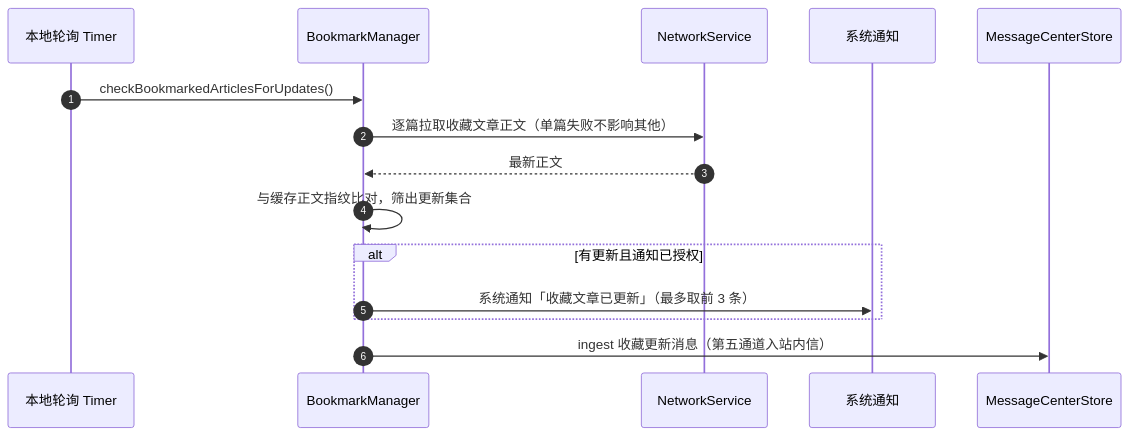
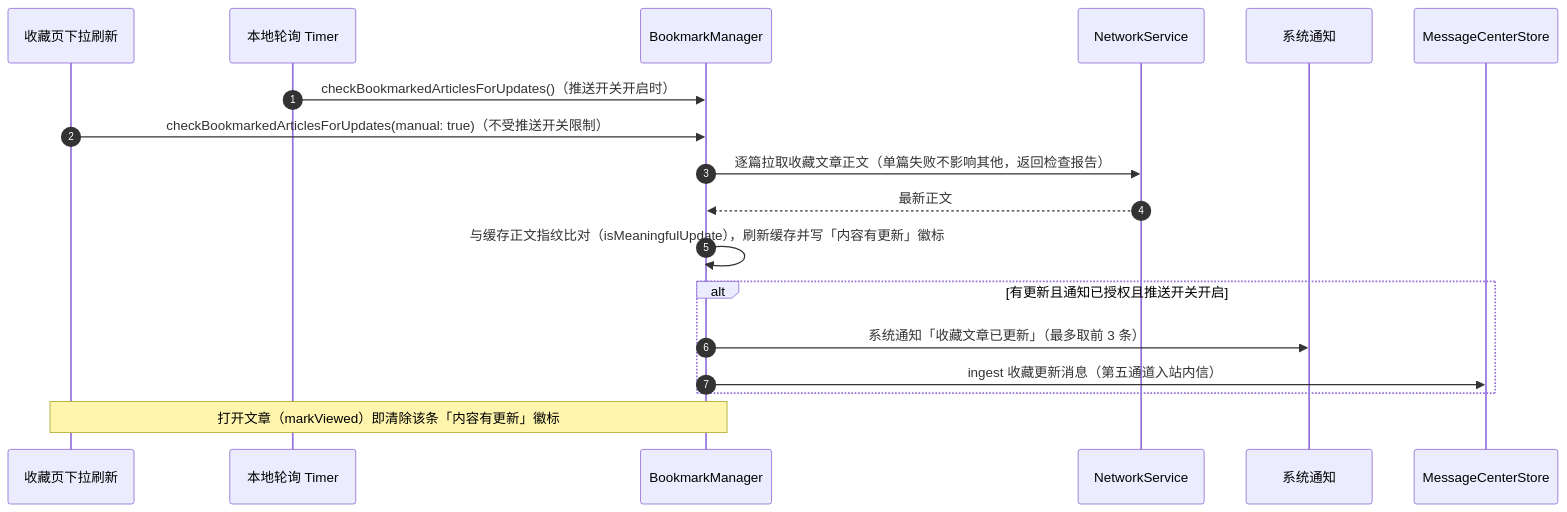
One commit to kkkh/demo changed the fourth of 5 diagrams in qin/docs/code-wiki/04-依赖关系.md. Above: the diagram before and after it, drawn with Mermaid. The commit also changed other lines of this file and 13 other files, not shown here.

````diff
--- a/qin/docs/code-wiki/04-依赖关系.md
+++ b/qin/docs/code-wiki/04-依赖关系.md
@@ -263,17 +264,20 @@
 ```mermaid
 sequenceDiagram
     autonumber
+    participant User as 收藏页下拉刷新
     participant Timer as 本地轮询 Timer
     participant BM as BookmarkManager
     participant NS as NetworkService
     participant Sys as 系统通知
     participant MC as MessageCenterStore
-    Timer->>BM: checkBookmarkedArticlesForUpdates()
-    BM->>NS: 逐篇拉取收藏文章正文（单篇失败不影响其他）
+    Timer->>BM: checkBookmarkedArticlesForUpdates()（推送开关开启时）
+    User->>BM: checkBookmarkedArticlesForUpdates(manual: true)（不受推送开关限制）
+    BM->>NS: 逐篇拉取收藏文章正文（单篇失败不影响其他，返回检查报告）
     NS-->>BM: 最新正文
-    BM->>BM: 与缓存正文指纹比对，筛出更新集合
-    alt 有更新且通知已授权
+    BM->>BM: 与缓存正文指纹比对（isMeaningfulUpdate），刷新缓存并写「内容有更新」徽标
+    alt 有更新且通知已授权且推送开关开启
         BM->>Sys: 系统通知「收藏文章已更新」（最多取前 3 条）
+        BM->>MC: ingest 收藏更新消息（第五通道入站内信）
     end
-    BM->>MC: ingest 收藏更新消息（第五通道入站内信）
+    Note over User,BM: 打开文章（markViewed）即清除该条「内容有更新」徽标
 ```
````
